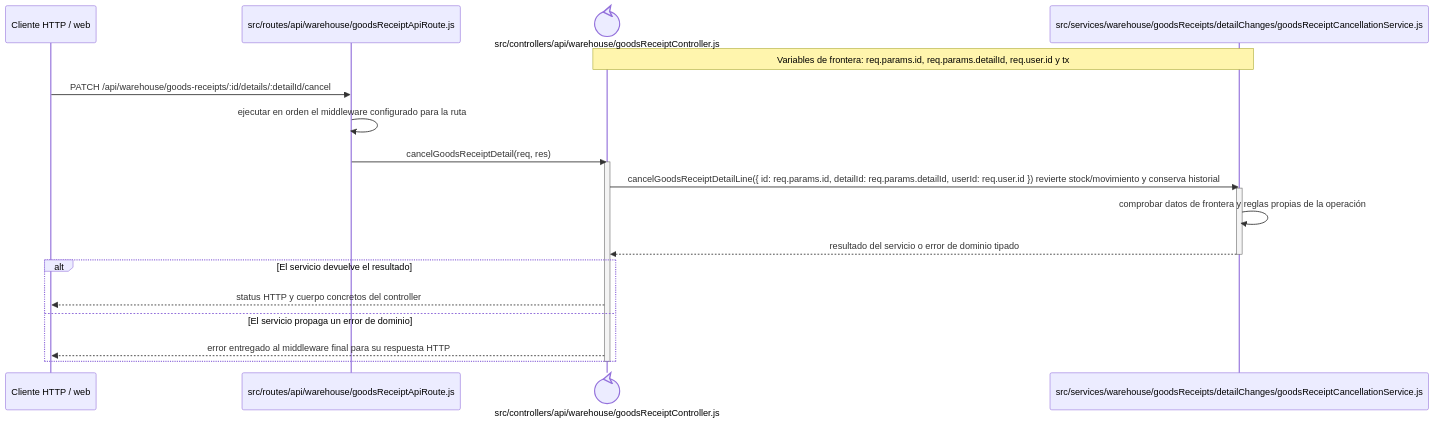
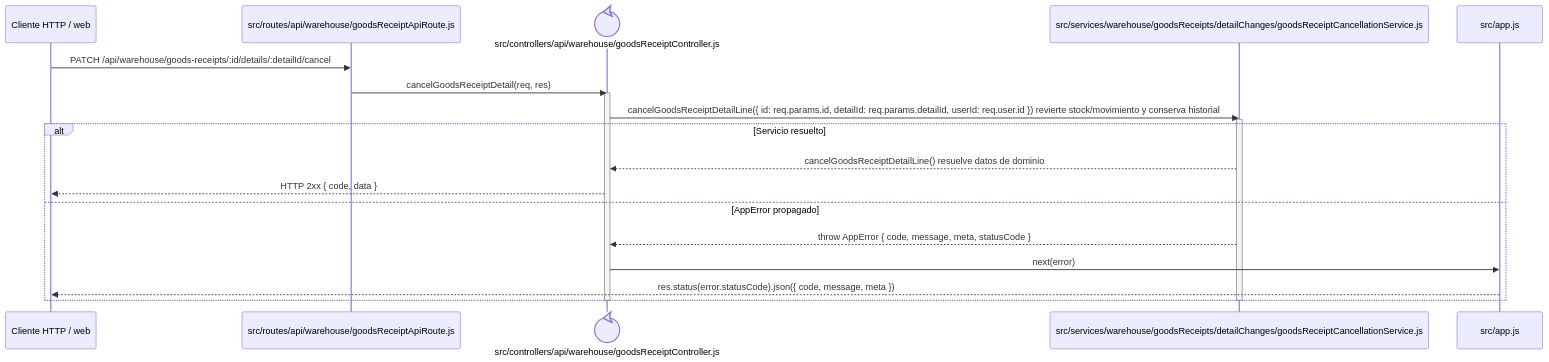
One commit to gpgsistemas01/nexus changed the diagram in docs/architecture/backend-code-sequences/purchases/cu-ent-05.md. Above: the diagram before and after it, drawn with Mermaid. The commit also changed 148 other files, not shown here.

````diff
--- a/docs/architecture/backend-code-sequences/purchases/cu-ent-05.md
+++ b/docs/architecture/backend-code-sequences/purchases/cu-ent-05.md
@@ -6,24 +6,24 @@
 ```mermaid
 sequenceDiagram
     participant Client as Cliente HTTP / web
     participant Route as src/routes/api/warehouse/goodsReceiptApiRoute.js
     participant Controller@{ "type": "control" } as src/controllers/api/warehouse/goodsReceiptController.js
     participant Domain as src/services/warehouse/goodsReceipts/detailChanges/goodsReceiptCancellationService.js
-    Note over Controller,Domain: Variables de frontera: req.params.id, req.params.detailId, req.user.id y tx
+    participant ErrorHandler as src/app.js
 
     Client->>Route: PATCH /api/warehouse/goods-receipts/:id/details/:detailId/cancel
-    Route->>Route: ejecutar en orden el middleware configurado para la ruta
     Route->>Controller: cancelGoodsReceiptDetail(req, res)
     activate Controller
     Controller->>Domain: cancelGoodsReceiptDetailLine({ id: req.params.id, detailId: req.params.detailId, userId: req.user.id }) revierte stock/movimiento y conserva historial
     activate Domain
-    Domain->>Domain: comprobar datos de frontera y reglas propias de la operación
-    Domain-->>Controller: resultado del servicio o error de dominio tipado
+    alt Servicio resuelto
+        Domain-->>Controller: cancelGoodsReceiptDetailLine() resuelve datos de dominio
+        Controller-->>Client: HTTP 2xx { code, data }
+    else AppError propagado
+        Domain-->>Controller: throw AppError { code, message, meta, statusCode }
+        Controller->>ErrorHandler: next(error)
+        ErrorHandler-->>Client: res.status(error.statusCode).json({ code, message, meta })
+    end
     deactivate Domain
-    alt El servicio devuelve el resultado
-        Controller-->>Client: status HTTP y cuerpo concretos del controller
-    else El servicio propaga un error de dominio
-        Controller-->>Client: error entregado al middleware final para su respuesta HTTP
-    end
     deactivate Controller
 ```
````
